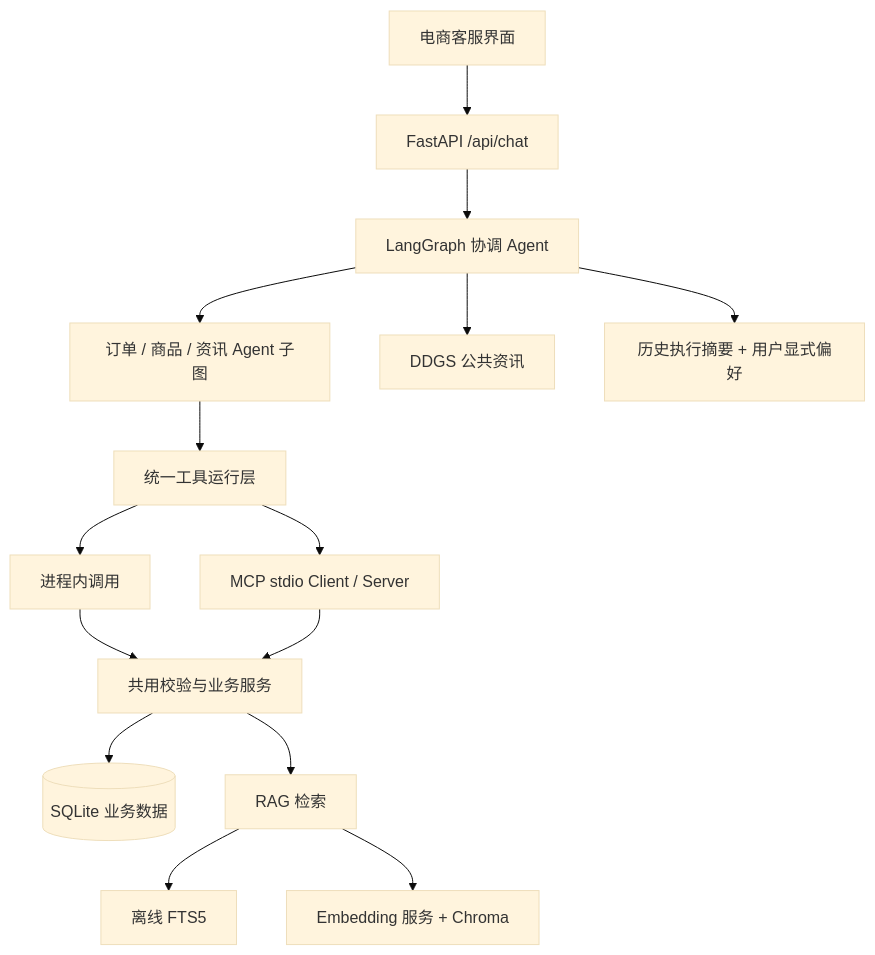
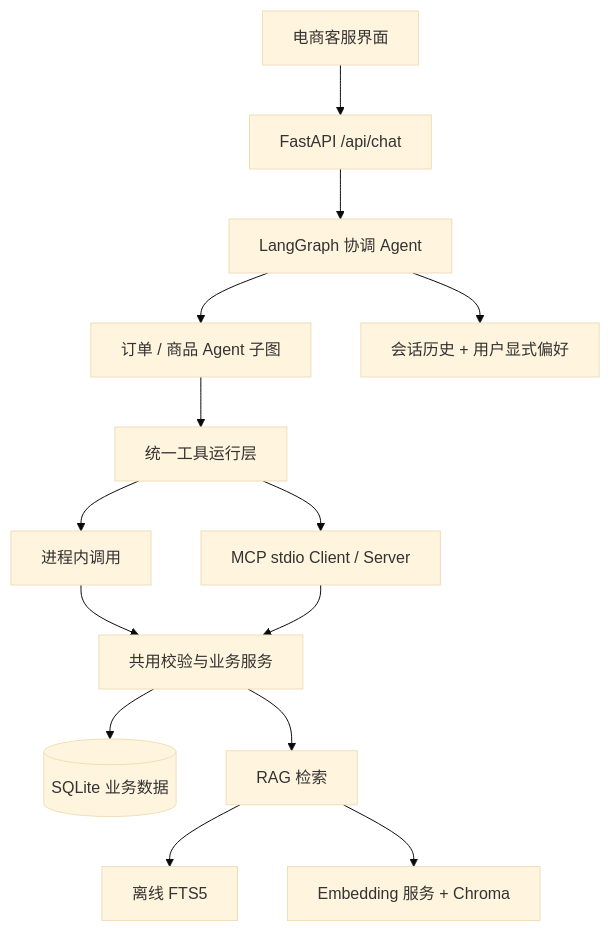
The diagram in docs/ecommerce-architecture.md (thinchain/ecommerce-customer-service-agent), drawn with Mermaid (base theme) before and after one commit. The commit also changed other lines of this file and 8 other files, not shown here.

````diff
--- a/docs/ecommerce-architecture.md
+++ b/docs/ecommerce-architecture.md
@@ -5,17 +5,16 @@
 ```mermaid
 flowchart TD
   UI[电商客服界面] --> API[FastAPI /api/chat]
   API --> Agent[LangGraph 协调 Agent]
-  Agent --> Workers[订单 / 商品 / 资讯 Agent 子图]
+  Agent --> Workers[订单 / 商品 Agent 子图]
   Workers --> Runtime[统一工具运行层]
   Runtime --> Local[进程内调用]
   Runtime --> MCP[MCP stdio Client / Server]
   Local --> Business[共用校验与业务服务]
   MCP --> Business
   Business --> SQL[(SQLite 业务数据)]
   Business --> RAG[RAG 检索]
   RAG --> FTS[离线 FTS5]
   RAG --> Vector[Embedding 服务 + Chroma]
-  Agent --> Web[DDGS 公共资讯]
-  Agent --> History[历史执行摘要 + 用户显式偏好]
+  Agent --> History[会话历史 + 用户显式偏好]
 ```
````
